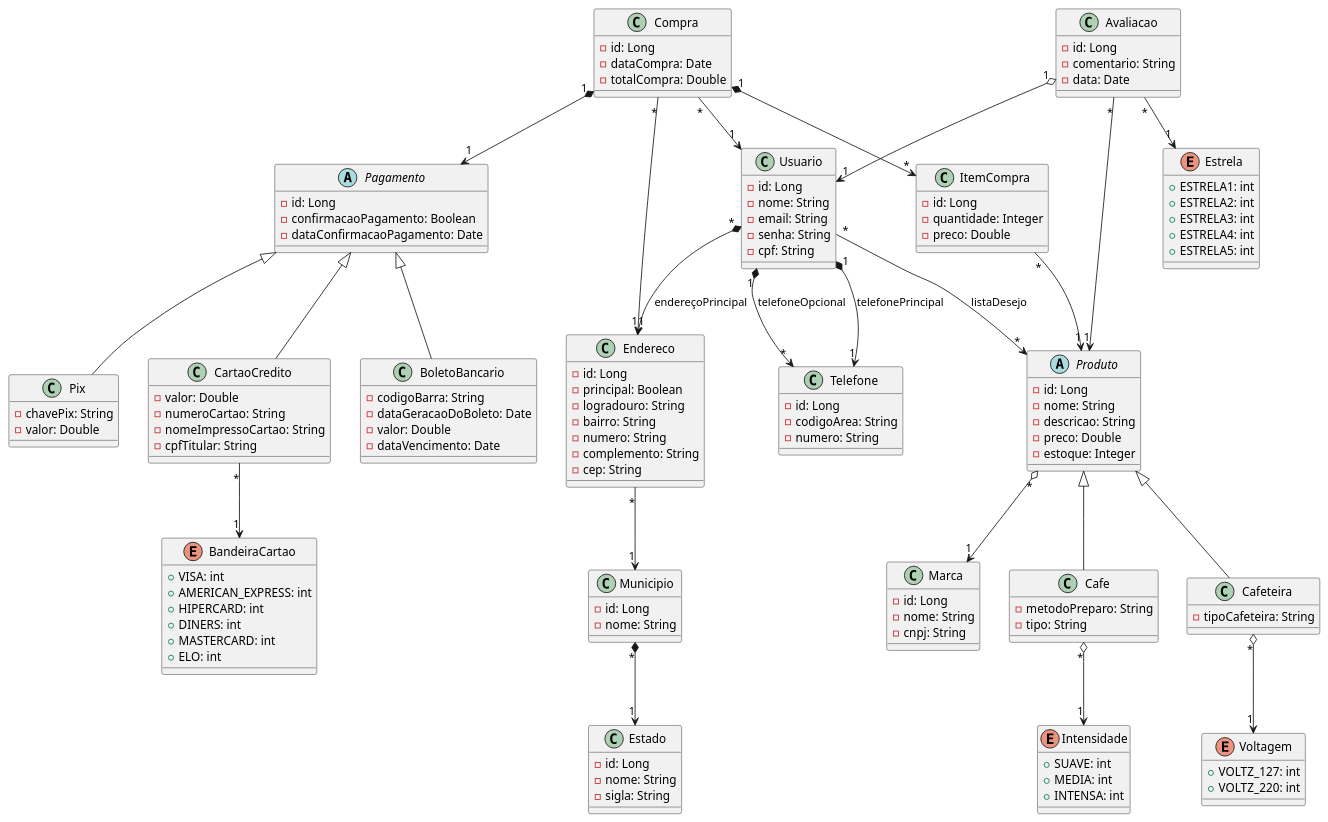
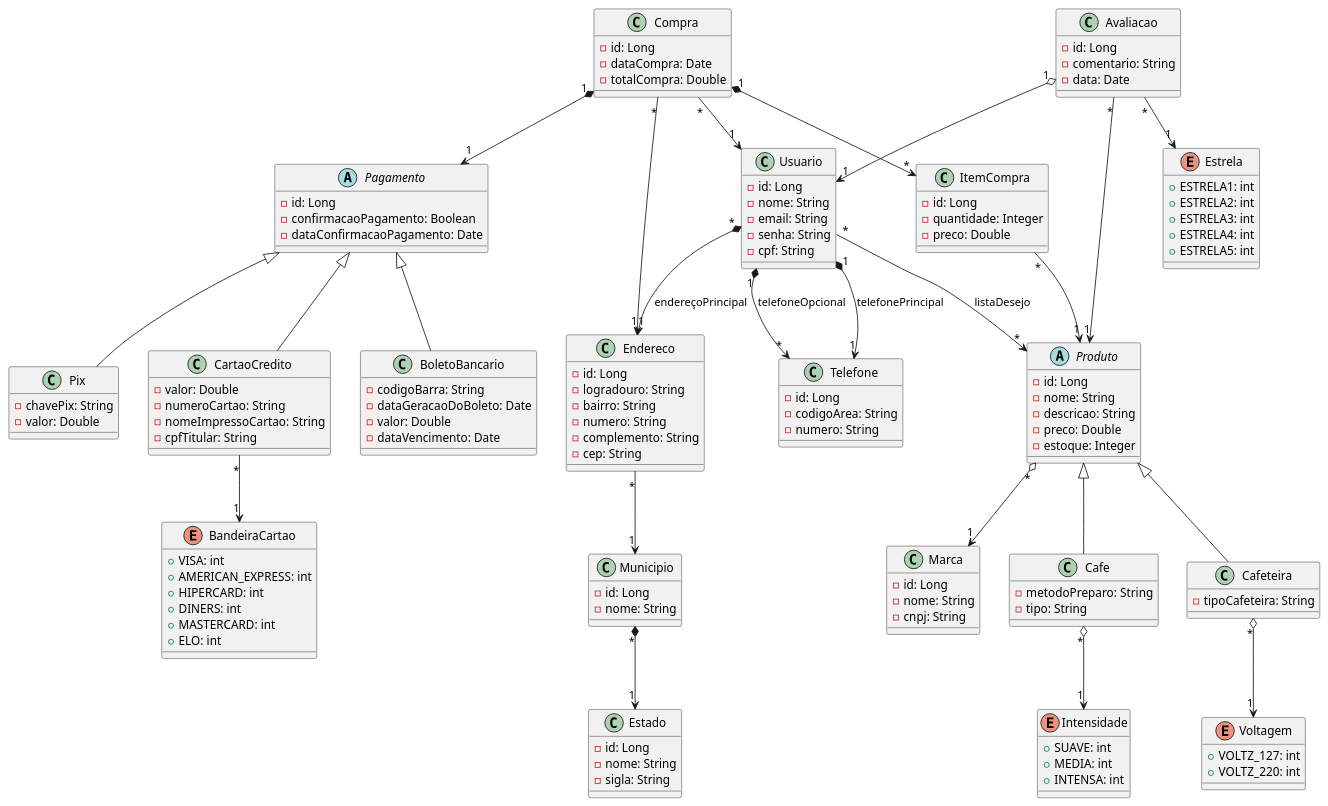
One commit to emannuelop/JavaCoffee-eCommerce changed the diagram in JavaCoffee.plantuml. Above: the diagram before and after it, drawn with PlantUML. The commit also changed 13 other files, not shown here.

```diff
--- a/JavaCoffee.plantuml
+++ b/JavaCoffee.plantuml
@@ -1,186 +1,185 @@
 @startuml Coffee-eCommerce
 
     abstract class Produto {
 
         - id: Long
         - nome: String
         - descricao: String
         - preco: Double
         - estoque: Integer
     }
 
     class Cafe {
 
         - metodoPreparo: String
         - tipo: String
     }
 
     class Cafeteira {
 
         - tipoCafeteira: String
     }
 
     enum Intensidade {
 
         + SUAVE: int
         + MEDIA: int
         + INTENSA: int
     }
 
     enum Voltagem {
 
         + VOLTZ_127: int
         + VOLTZ_220: int
     }
 
     class Marca {
 
         - id: Long
         - nome: String
         - cnpj: String
     }
 
     class Usuario {
 
         - id: Long
         - nome: String
         - email: String
         - senha: String
         - cpf: String
     }
 
     class Telefone {
 
         - id: Long
         - codigoArea: String
         - numero: String
     }
 
     class Compra {
 
         - id: Long
         - dataCompra: Date
         - totalCompra: Double
     }
 
     class ItemCompra {
 
         - id: Long
         - quantidade: Integer
         - preco: Double
     }
 
     class Endereco {
 
         - id: Long
-        - principal: Boolean
         - logradouro: String
         - bairro: String
         - numero: String
         - complemento: String
         - cep: String
     }
 
     class Avaliacao {
 
         - id: Long
         - comentario: String
         - data: Date
     }
 
     enum Estrela {
 
         + ESTRELA1: int
         + ESTRELA2: int
         + ESTRELA3: int
         + ESTRELA4: int
         + ESTRELA5: int
     }
 
     abstract class Pagamento {
 
         - id: Long
         - confirmacaoPagamento: Boolean
         - dataConfirmacaoPagamento: Date
     }
 
     class BoletoBancario {
 
         - codigoBarra: String
         - dataGeracaoDoBoleto: Date
         - valor: Double
         - dataVencimento: Date
     }
 
     class Pix {
 
         - chavePix: String
         - valor: Double
     }
 
     class CartaoCredito {
 
         - valor: Double
         - numeroCartao: String
         - nomeImpressoCartao: String
         - cpfTitular: String
     }
 
     enum BandeiraCartao {
 
         + VISA: int
         + AMERICAN_EXPRESS: int
         + HIPERCARD: int
         + DINERS: int
         + MASTERCARD: int
         + ELO: int
     }
 
     class Estado {
 
         - id: Long
         - nome: String
         - sigla: String
     }
 
     class Municipio {
 
         - id: Long
         - nome: String
     }
 
     Produto "*" o--> "1" Marca
 
     Cafe -up-|> Produto
     Cafe "*" o--> "1" Intensidade
 
     Cafeteira -up-|> Produto
     Cafeteira "*" o--> "1" Voltagem
 
     Municipio "*" *--> "1" Estado
 
     Endereco "*" --> "1" Municipio
 
     Usuario "*" --> "*" Produto: listaDesejo
     Usuario "1" *--> "1" Telefone: telefonePrincipal
     Usuario "1" *--> "*" Telefone: telefoneOpcional
     Usuario "*" *--> "1" Endereco: endereçoPrincipal
 
     ItemCompra "*" --> "1" Produto
 
     BoletoBancario -up-|> Pagamento
 
     Pix -up-|> Pagamento
 
     CartaoCredito -up-|> Pagamento
     CartaoCredito "*" --> "1" BandeiraCartao
 
     Compra "*" --> "1" Usuario
     Compra "1" *--> "*" ItemCompra
     Compra "*" --> "1" Endereco
     Compra "1" *--> "1" Pagamento
 
     Avaliacao "*" --> "1" Estrela
     Avaliacao "1" o--> "1" Usuario
     Avaliacao "*" --> "1" Produto
 @enduml
```
